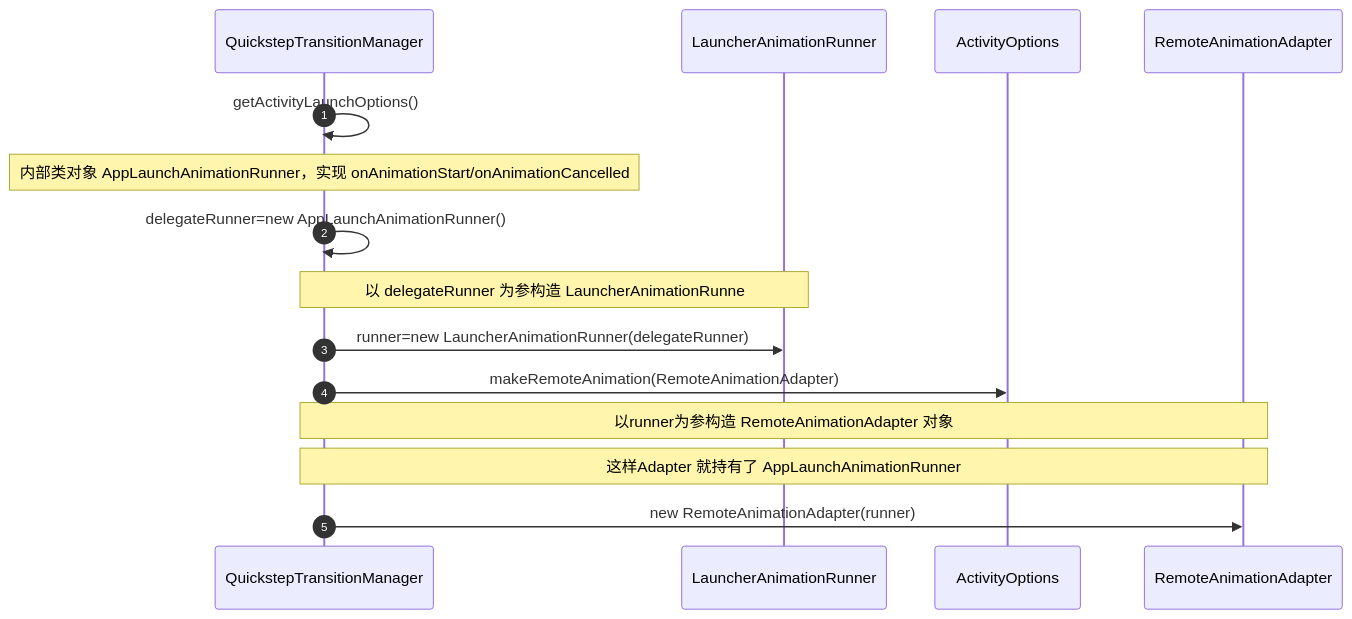
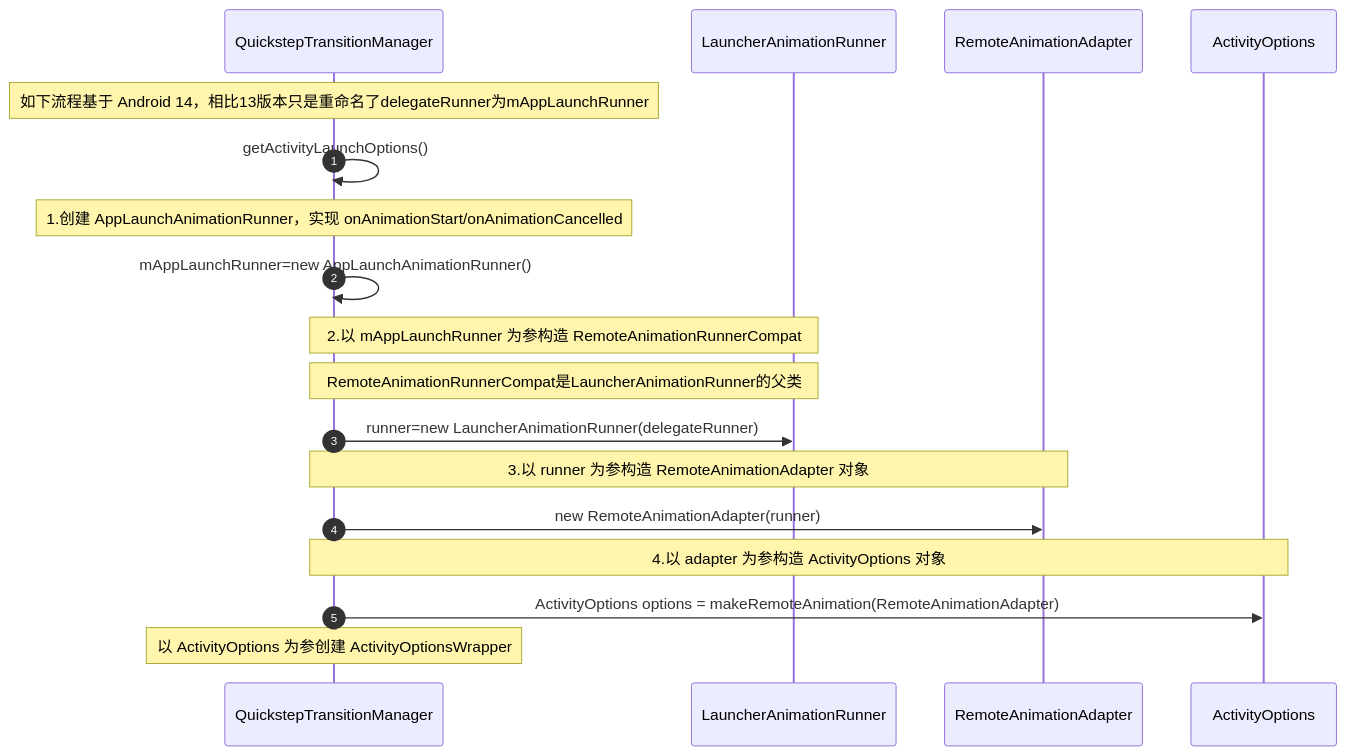
Before and after one commit to rangerzhou/rangerzhou.github.io: the first of 6 diagrams in source/_posts/Android/AndroidDevelop_043_WMS_Animation.md, drawn with Mermaid. The commit also changed other lines of this file, not shown here.

Commit message:
Update Animation md

````diff
--- a/source/_posts/Android/AndroidDevelop_043_WMS_Animation.md
+++ b/source/_posts/Android/AndroidDevelop_043_WMS_Animation.md
@@ -183,14 +193,17 @@
-``` mermaid
+```mermaid
 sequenceDiagram
 autonumber
+Note over QuickstepTransitionManager:如下流程基于 Android 14，相比13版本只是重命名了delegateRunner为mAppLaunchRunner
 QuickstepTransitionManager ->> QuickstepTransitionManager:getActivityLaunchOptions()
-Note over QuickstepTransitionManager:内部类对象 AppLaunchAnimationRunner，实现 onAnimationStart/onAnimationCancelled
-QuickstepTransitionManager ->> QuickstepTransitionManager:delegateRunner=new AppLaunchAnimationRunner()
-Note over QuickstepTransitionManager,LauncherAnimationRunner:以 delegateRunner 为参构造 LauncherAnimationRunne
+Note over QuickstepTransitionManager:1.创建 AppLaunchAnimationRunner，实现 onAnimationStart/onAnimationCancelled
+QuickstepTransitionManager ->> QuickstepTransitionManager:mAppLaunchRunner=new AppLaunchAnimationRunner()
+Note over QuickstepTransitionManager,LauncherAnimationRunner:2.以 mAppLaunchRunner 为参构造 RemoteAnimationRunnerCompat
+Note over QuickstepTransitionManager,LauncherAnimationRunner:RemoteAnimationRunnerCompat是LauncherAnimationRunner的父类
 QuickstepTransitionManager ->> LauncherAnimationRunner:runner=new LauncherAnimationRunner(delegateRunner)
-QuickstepTransitionManager ->> ActivityOptions:makeRemoteAnimation(RemoteAnimationAdapter)
-Note over QuickstepTransitionManager,RemoteAnimationAdapter:以runner为参构造 RemoteAnimationAdapter 对象
-Note over QuickstepTransitionManager,RemoteAnimationAdapter:这样Adapter 就持有了 AppLaunchAnimationRunner
+Note over QuickstepTransitionManager,RemoteAnimationAdapter:3.以 runner 为参构造 RemoteAnimationAdapter 对象
 QuickstepTransitionManager ->> RemoteAnimationAdapter:new RemoteAnimationAdapter(runner)
+Note over QuickstepTransitionManager,ActivityOptions:4.以 adapter 为参构造 ActivityOptions 对象
+QuickstepTransitionManager ->> ActivityOptions:ActivityOptions options = makeRemoteAnimation(RemoteAnimationAdapter)
 %%QuickstepTransitionManager ->> ActivityOptionsWrapper:new ActivityOptionsWrapper()
+Note over QuickstepTransitionManager:以 ActivityOptions 为参创建 ActivityOptionsWrapper
 ```
````
